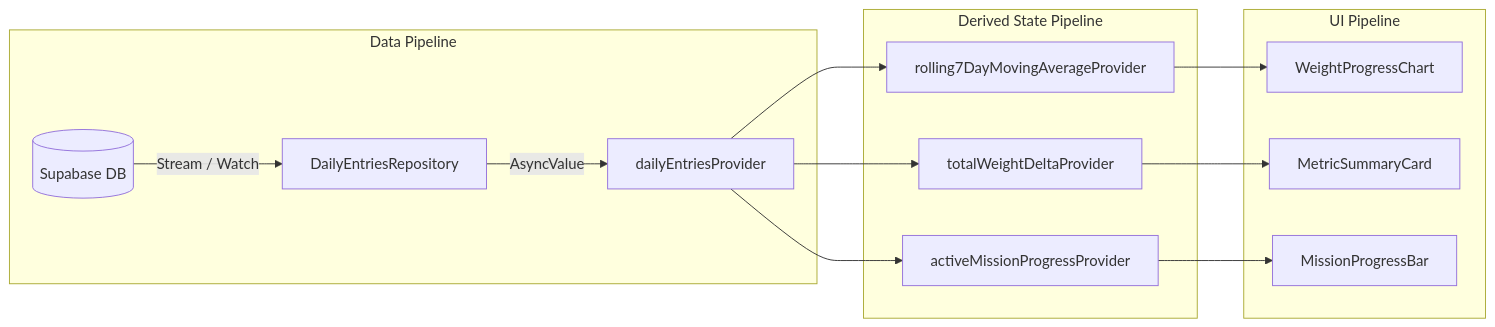
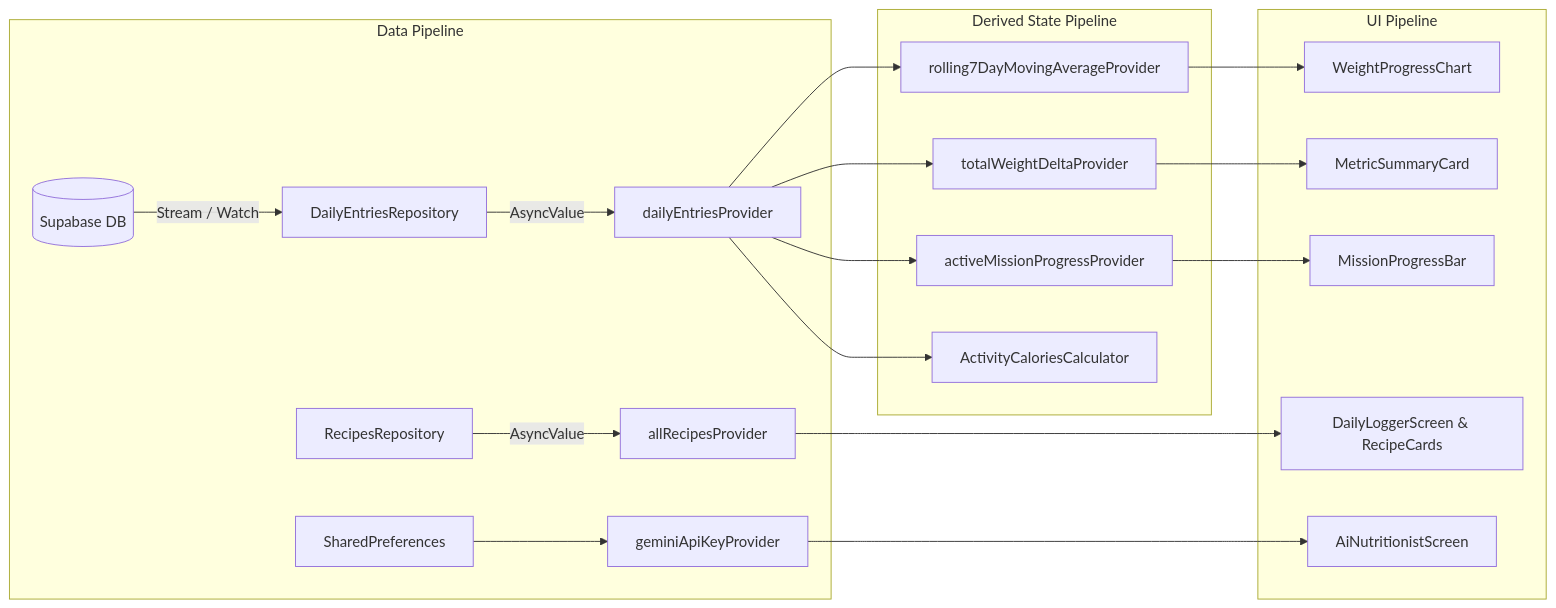
The fifth of 7 diagrams in ARCHITECTURE.md (LiviuOloi/panda-fit), drawn with Mermaid before and after one commit. The commit also changed other lines of this file and 3 other files, not shown here.

Commit message:
docs: synchronize AGENTS.md, ARCHITECTURE.md, PandaFit.md, and README.md with latest architecture and features

````diff
--- a/ARCHITECTURE.md
+++ b/ARCHITECTURE.md
@@ -194,19 +194,24 @@
 ```mermaid
 graph LR
     subgraph Data Pipeline
         DB[(Supabase DB)] -->|Stream / Watch| Repo[DailyEntriesRepository]
         Repo -->|AsyncValue| Provider[dailyEntriesProvider]
+        RecipesRepo[RecipesRepository] -->|AsyncValue| AllRecipes[allRecipesProvider]
+        DeviceStorage[SharedPreferences] --> KeyProvider[geminiApiKeyProvider]
     end
 
     subgraph Derived State Pipeline
         Provider --> MAEngine[rolling7DayMovingAverageProvider]
         Provider --> DeltaEngine[totalWeightDeltaProvider]
         Provider --> MissionEngine[activeMissionProgressProvider]
+        Provider --> CalorieEngine[ActivityCaloriesCalculator]
     end
 
     subgraph UI Pipeline
         MAEngine --> ChartWidget[WeightProgressChart]
         DeltaEngine --> MetricCard[MetricSummaryCard]
         MissionEngine --> MissionBar[MissionProgressBar]
+        AllRecipes --> DinnerSelector[DailyLoggerScreen & RecipeCards]
+        KeyProvider --> AICoach[AiNutritionistScreen]
     end
 ```
````
